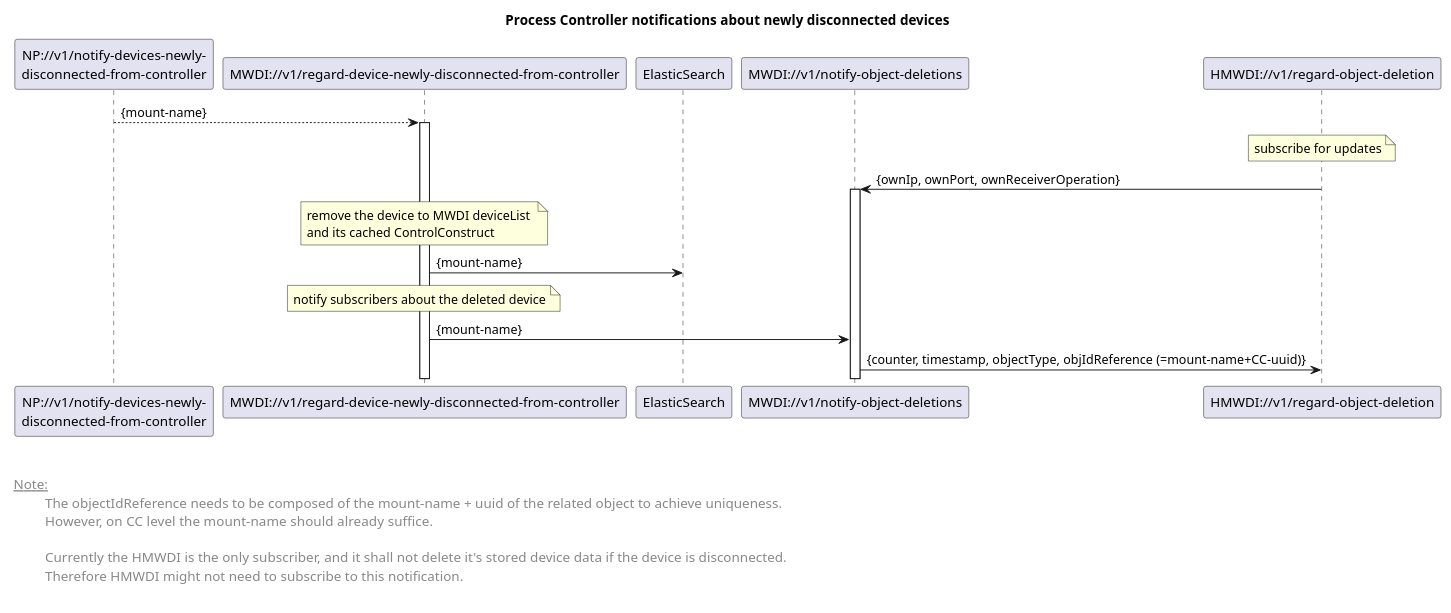
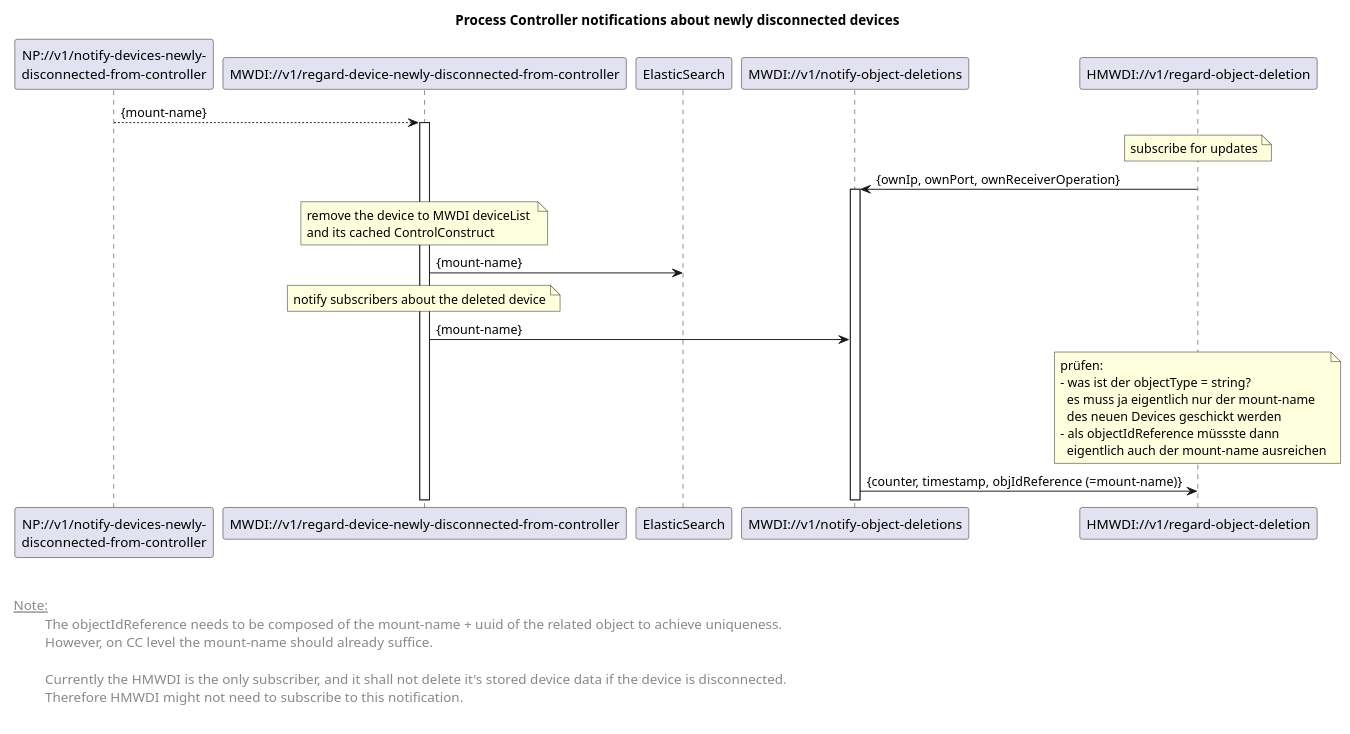
The diagram in spec/diagrams/neu/done/03x_processControllerNotificationsDisconnectedDev.plantuml (openBackhaul/MicroWaveDeviceInventory), drawn with PlantUML before and after one commit. The commit also changed 2 other files, not shown here.

```diff
--- a/spec/diagrams/neu/done/03x_processControllerNotificationsDisconnectedDev.plantuml
+++ b/spec/diagrams/neu/done/03x_processControllerNotificationsDisconnectedDev.plantuml
@@ -1,53 +1,64 @@
 @startuml
 skinparam responseMessageBelowArrow true
 skinparam participant {
   StereotypeFontSize 12  
 }
 
 title Process Controller notifications about newly disconnected devices
 
 'participants
 participant "NP://v1/notify-devices-newly-\ndisconnected-from-controller" as npmsg
 participant "MWDI://v1/regard-device-newly-disconnected-from-controller" as mwdi
 participant "ElasticSearch" as es
 participant "MWDI://v1/notify-object-deletions" as notify
 participant "HMWDI://v1/regard-object-deletion" as subscriberOp
 
 npmsg --> mwdi: {mount-name}
 activate mwdi
 
 note over subscriberOp: subscribe for updates
 subscriberOp -> notify: {ownIp, ownPort, ownReceiverOperation} 
 activate notify
 
 note over mwdi: remove the device to MWDI deviceList \nand its cached ControlConstruct
 mwdi -> es: {mount-name}
 
 note over mwdi: notify subscribers about the deleted device
 
+
 mwdi -> notify: {mount-name}
-notify -> subscriberOp: {counter, timestamp, objectType, objIdReference (=mount-name+CC-uuid)}
+
+note over subscriberOp 
+prüfen: 
+- was ist der objectType = string?
+  es muss ja eigentlich nur der mount-name 
+  des neuen Devices geschickt werden 
+- als objectIdReference müssste dann 
+  eigentlich auch der mount-name ausreichen
+end note
+
+notify -> subscriberOp: {counter, timestamp, objIdReference (=mount-name)}
 
 
 
 left footer 
 
 
 <u> Note:</u>
 \t  The objectIdReference needs to be composed of the mount-name + uuid of the related object to achieve uniqueness.
 \t  However, on CC level the mount-name should already suffice.
 
 \t  Currently the HMWDI is the only subscriber, and it shall not delete it's stored device data if the device is disconnected.
 \t  Therefore HMWDI might not need to subscribe to this notification.
 
 end footer
 
 <style>
 footer {
   HorizontalAlignment left
   FontSize 14
 }
 </style>
 
 
 @enduml
```
